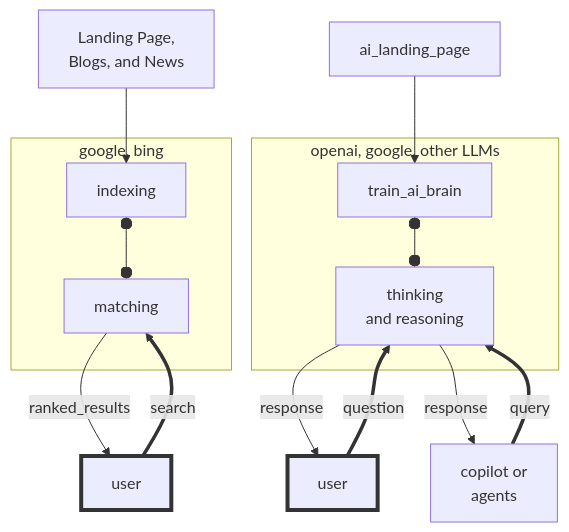
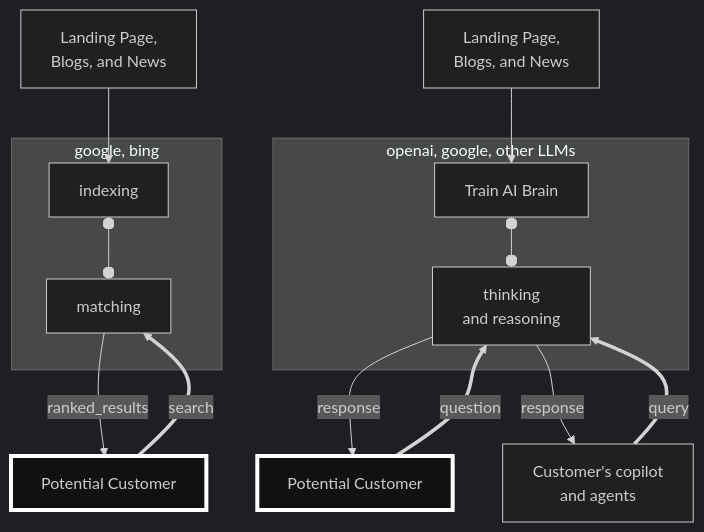
Before and after one commit to kirilligum/prls.co: the diagram in diagrams/trad_ai_content_marketing.mmd, drawn with Mermaid. The commit also changed 3 other files, not shown here.

```diff
--- a/diagrams/trad_ai_content_marketing.mmd
+++ b/diagrams/trad_ai_content_marketing.mmd
@@ -1,26 +1,28 @@
+%%{init: {'theme':'dark'}}%%
 graph TD
 subgraph search["google, bing"]
 indexing
 matching
 end
 landing_page["Landing Page,<br/>Blogs, and News"]
 landing_page -->indexing
 indexing o--o matching
-search_user["user"] ==>|search|matching
+search_user["Potential Customer"] ==>|search|matching
 matching -->|ranked_results|search_user
 
-style search_user stroke:#333,stroke-width:4px
-
+style search_user stroke:#ffffff,stroke-width:4px,fill:#111111
 
 subgraph ai["openai, google, other LLMs"]
 train_ai_brain
 thinking["thinking<br/>and reasoning"]
 end
+train_ai_brain["Train AI Brain"]
+ai_landing_page["Landing Page,<br/>Blogs, and News"]
 ai_landing_page -->train_ai_brain
-ai_user["user"] ==>|question|thinking
-ca["copilot or<br/>agents"] ==>|query|thinking
+ai_user["Potential Customer"] ==>|question|thinking
+ca["Customer's copilot<br/>and agents"] ==>|query|thinking
 train_ai_brain o--o thinking
 thinking -->|response|ai_user
 thinking -->|response|ca
 
-style ai_user stroke:#333,stroke-width:4px
+style ai_user stroke:#ffffff,stroke-width:4px,fill:#111111
```
